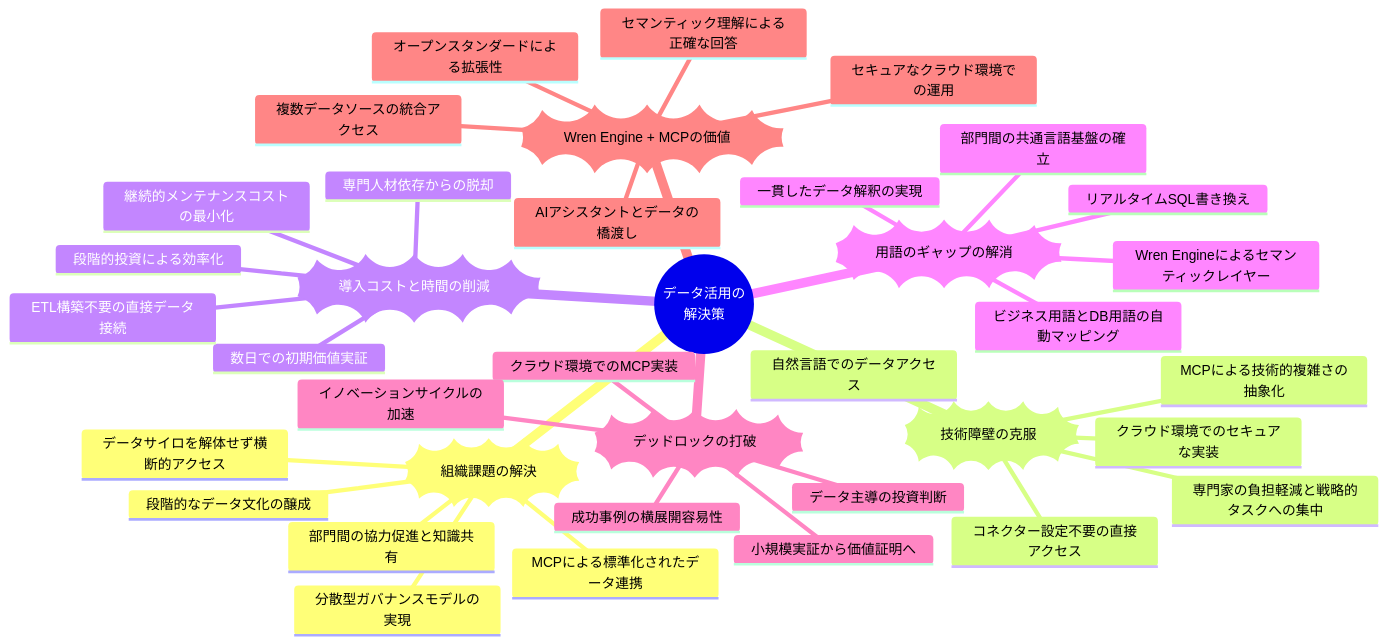
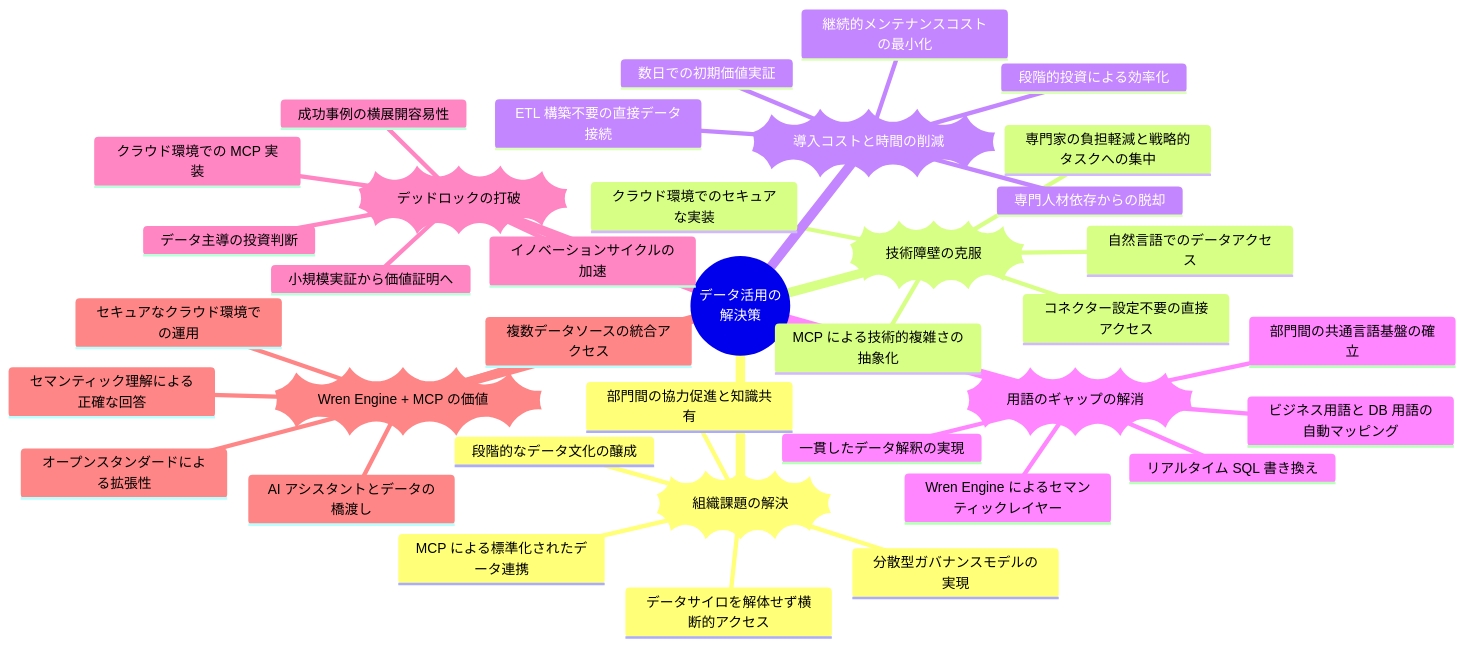
One commit to littlemex/aws-samples changed the second of 2 diagrams in databases/wren/blog/README.md. Above: the diagram before and after it, drawn with Mermaid. The commit also changed other lines of this file, not shown here.

````diff
--- a/databases/wren/blog/README.md
+++ b/databases/wren/blog/README.md
@@ -210,46 +216,46 @@
 ```mermaid
 mindmap
   root((データ活用の<br>解決策))
     ))組織課題の解決((
       ::icon(fa fa-users)
       データサイロを解体せず横断的アクセス
-      MCPによる標準化されたデータ連携
+      MCP による標準化されたデータ連携
       分散型ガバナンスモデルの実現
       段階的なデータ文化の醸成
       部門間の協力促進と知識共有
     ))技術障壁の克服((
       ::icon(fa fa-code)
       自然言語でのデータアクセス
-      MCPによる技術的複雑さの抽象化
+      MCP による技術的複雑さの抽象化
       クラウド環境でのセキュアな実装
       コネクター設定不要の直接アクセス
       専門家の負担軽減と戦略的タスクへの集中
     ))導入コストと時間の削減((
       ::icon(fa fa-money-bill)
       数日での初期価値実証
-      ETL構築不要の直接データ接続
+      ETL 構築不要の直接データ接続
       段階的投資による効率化
       専門人材依存からの脱却
       継続的メンテナンスコストの最小化
     ))用語のギャップの解消((
       ::icon(fa fa-language)
-      Wren Engineによるセマンティックレイヤー
-      ビジネス用語とDB用語の自動マッピング
-      リアルタイムSQL書き換え
+      Wren Engine によるセマンティックレイヤー
+      ビジネス用語と DB 用語の自動マッピング
+      リアルタイム SQL 書き換え
       一貫したデータ解釈の実現
       部門間の共通言語基盤の確立
     ))デッドロックの打破((
       ::icon(fa fa-unlock)
       小規模実証から価値証明へ
-      クラウド環境でのMCP実装
+      クラウド環境での MCP 実装
       データ主導の投資判断
       成功事例の横展開容易性
       イノベーションサイクルの加速
-    ))Wren Engine + MCPの価値((
+    ))Wren Engine + MCP の価値((
       ::icon(fa fa-rocket)
-      AIアシスタントとデータの橋渡し
+      AI アシスタントとデータの橋渡し
       セマンティック理解による正確な回答
       複数データソースの統合アクセス
       セキュアなクラウド環境での運用
       オープンスタンダードによる拡張性
 ```
````
